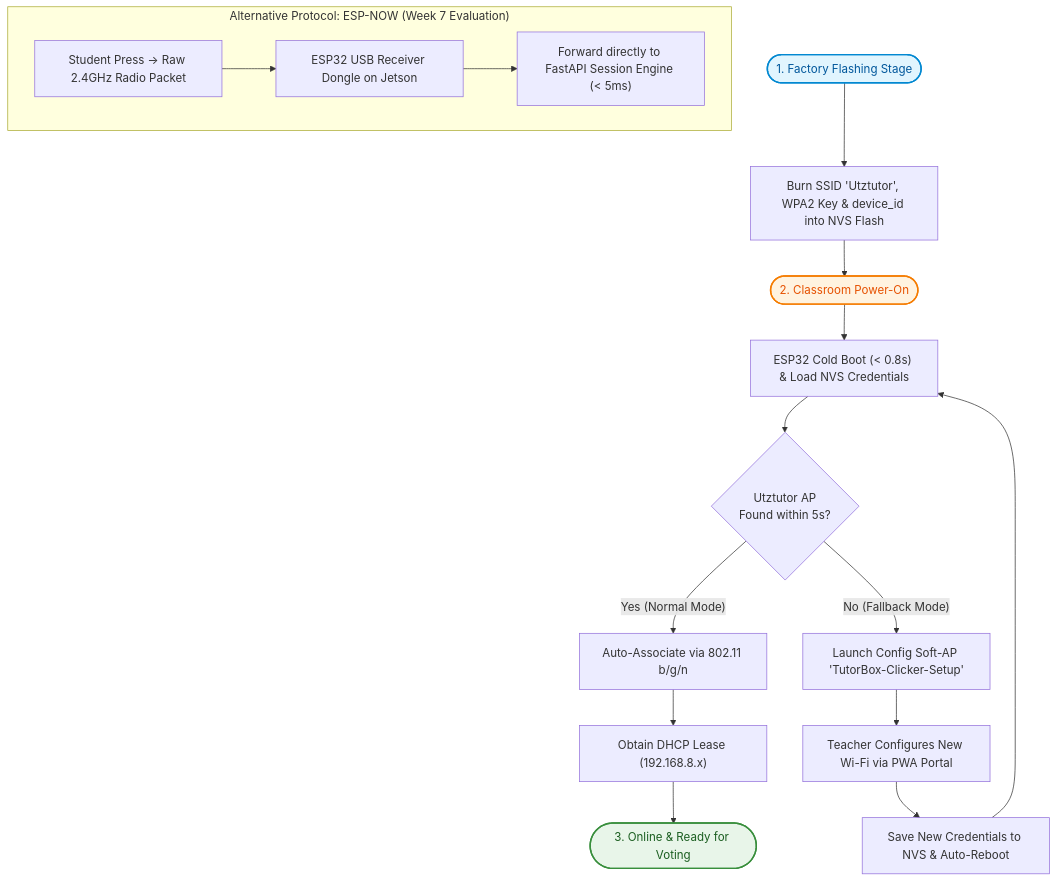
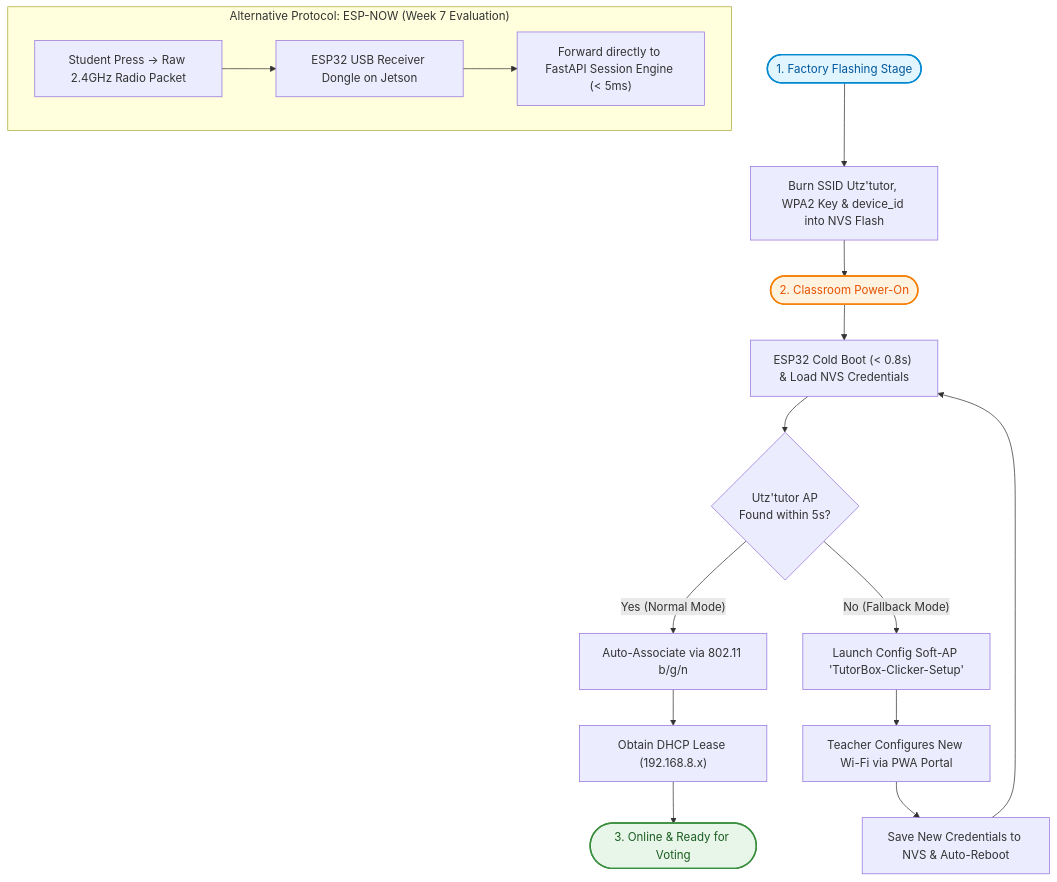
The second of 5 diagrams in docs/architecture/esp32-clicker-transport.md (GabGP/TutorBox), drawn with Mermaid before and after one commit. The commit also changed other lines of this file and 14 other files, not shown here.

Commit message:
refactor: name the classroom Wi-Fi Utz'tutor

````diff
--- a/docs/architecture/esp32-clicker-transport.md
+++ b/docs/architecture/esp32-clicker-transport.md
@@ -100,28 +100,28 @@
 ```mermaid
 graph TD
-    Factory(["1. Factory Flashing Stage"]):::factory --> FlashNVS["Burn SSID 'Utztutor', WPA2 Key & device_id into NVS Flash"]
+    Factory(["1. Factory Flashing Stage"]):::factory --> FlashNVS["Burn SSID Utz'tutor, WPA2 Key & device_id into NVS Flash"]
 
     FlashNVS --> PowerOn(["2. Classroom Power-On"]):::student
     PowerOn --> Boot["ESP32 Cold Boot (< 0.8s) & Load NVS Credentials"]
-    Boot --> ScanAP{"Utztutor AP<br/>Found within 5s?"}
+    Boot --> ScanAP{"Utz'tutor AP<br/>Found within 5s?"}
 
     ScanAP -- "Yes (Normal Mode)" --> Associate["Auto-Associate via 802.11 b/g/n"]
     Associate --> DHCP["Obtain DHCP Lease (192.168.8.x)"]
     DHCP --> Ready(["3. Online & Ready for Voting"]):::success
 
     ScanAP -- "No (Fallback Mode)" --> SoftAP["Launch Config Soft-AP 'TutorBox-Clicker-Setup'"]
     SoftAP --> TeacherPortal["Teacher Configures New Wi-Fi via PWA Portal"]
     TeacherPortal --> SaveNVS["Save New Credentials to NVS & Auto-Reboot"]
     SaveNVS --> Boot
 
     subgraph EspNowOption ["Alternative Protocol: ESP-NOW (Week 7 Evaluation)"]
         RawPress["Student Press -> Raw 2.4GHz Radio Packet"]
         JetsonDongle["ESP32 USB Receiver Dongle on Jetson"]
         FastApiPipe["Forward directly to FastAPI Session Engine (< 5ms)"]
         RawPress --> JetsonDongle --> FastApiPipe
     end
 
     classDef factory fill:#e1f5fe,stroke:#0288d1,stroke-width:2px,color:#01579b;
     classDef student fill:#fff3e0,stroke:#f57c00,stroke-width:2px,color:#e65100;
     classDef success fill:#e8f5e9,stroke:#388e3c,stroke-width:2px,color:#1b5e20;
 ```
````
